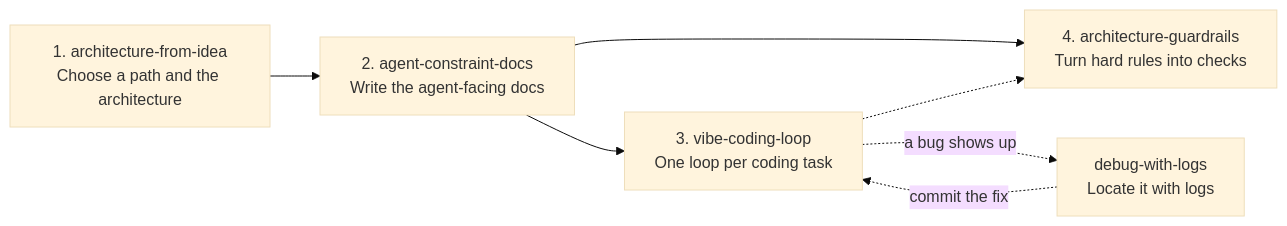
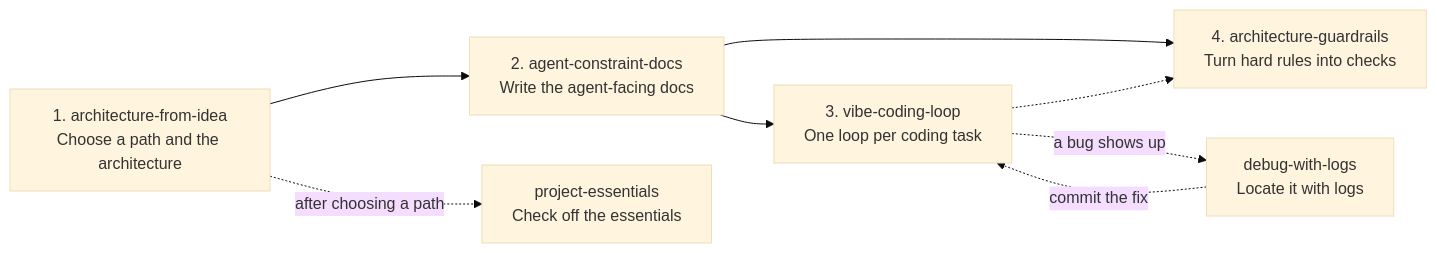
One commit to wisdom-km/agent-skills changed the second of 2 diagrams in README.md. Above: the diagram before and after it, drawn with Mermaid (base theme). The commit also changed other lines of this file and 18 other files, not shown here.

Commit message:
Add project-essentials skill for beginner must-haves

````diff
--- a/README.md
+++ b/README.md
@@ -331,9 +394,10 @@
 ```mermaid
 flowchart LR
   A["1. architecture-from-idea<br/>Choose a path and the architecture"] --> B["2. agent-constraint-docs<br/>Write the agent-facing docs"]
   B --> C["3. vibe-coding-loop<br/>One loop per coding task"]
   B --> D["4. architecture-guardrails<br/>Turn hard rules into checks"]
   C -.-> D
   C -. a bug shows up .-> E["debug-with-logs<br/>Locate it with logs"]
   E -. commit the fix .-> C
+  A -. after choosing a path .-> F["project-essentials<br/>Check off the essentials"]
 ```
````
